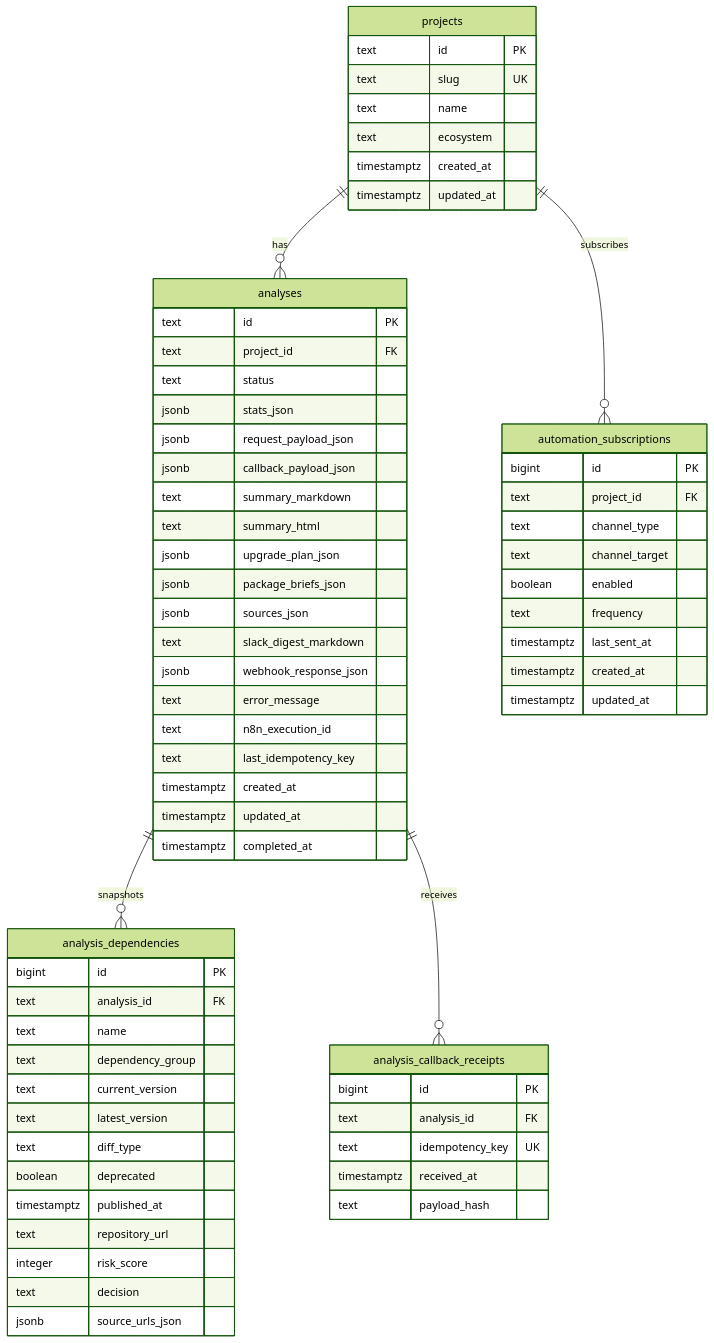
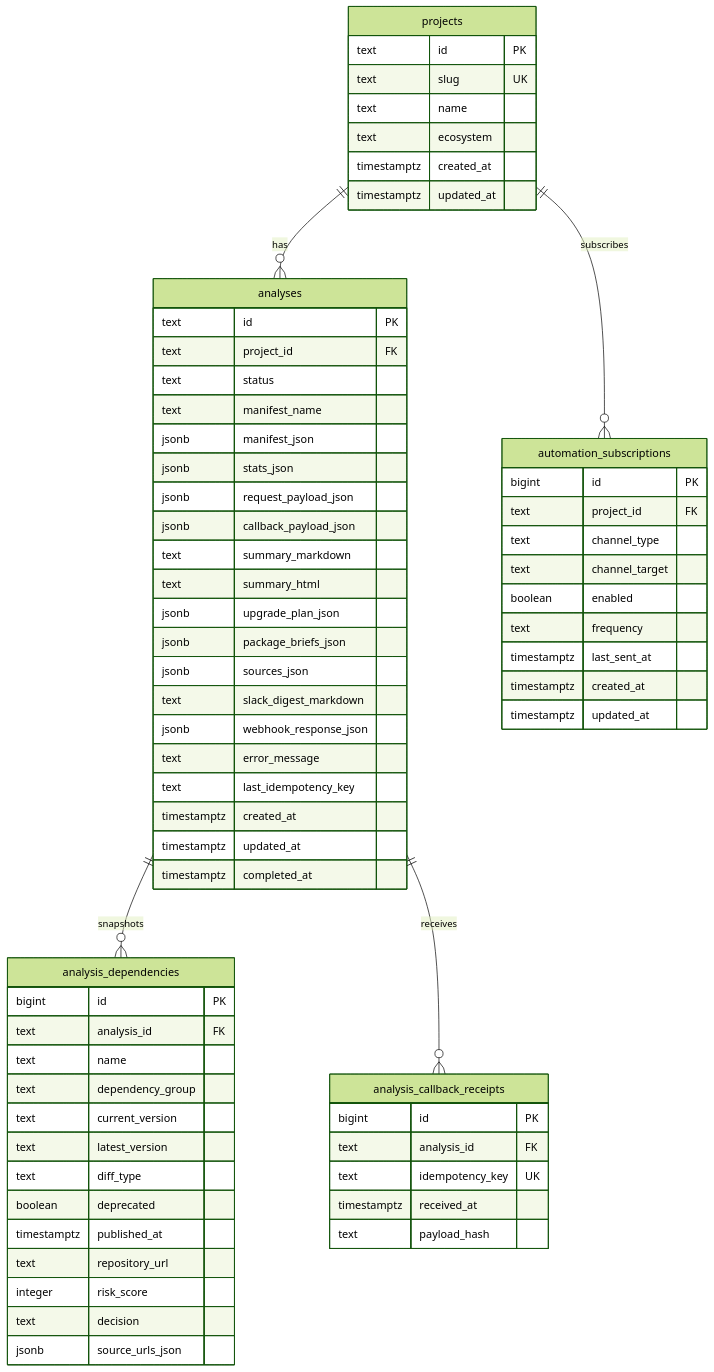
Before and after one commit to JaMinsane/package-version-wizard: the first of 2 diagrams in BD.md, drawn with Mermaid (forest theme). The commit also changed other lines of this file and 17 other files, not shown here.

````diff
--- a/BD.md
+++ b/BD.md
@@ -104,74 +111,75 @@
 ```mermaid
 erDiagram
     projects ||--o{ analyses : has
     analyses ||--o{ analysis_dependencies : snapshots
     projects ||--o{ automation_subscriptions : subscribes
     analyses ||--o{ analysis_callback_receipts : receives
 
     projects {
         text id PK
         text slug UK
         text name
         text ecosystem
         timestamptz created_at
         timestamptz updated_at
     }
 
     analyses {
         text id PK
         text project_id FK
         text status
+        text manifest_name
+        jsonb manifest_json
         jsonb stats_json
         jsonb request_payload_json
         jsonb callback_payload_json
         text summary_markdown
         text summary_html
         jsonb upgrade_plan_json
         jsonb package_briefs_json
         jsonb sources_json
         text slack_digest_markdown
         jsonb webhook_response_json
         text error_message
-        text n8n_execution_id
         text last_idempotency_key
         timestamptz created_at
         timestamptz updated_at
         timestamptz completed_at
     }
 
     analysis_dependencies {
         bigint id PK
         text analysis_id FK
         text name
         text dependency_group
         text current_version
         text latest_version
         text diff_type
         boolean deprecated
         timestamptz published_at
         text repository_url
         integer risk_score
         text decision
         jsonb source_urls_json
     }
 
     automation_subscriptions {
         bigint id PK
         text project_id FK
         text channel_type
         text channel_target
         boolean enabled
         text frequency
         timestamptz last_sent_at
         timestamptz created_at
         timestamptz updated_at
     }
 
     analysis_callback_receipts {
         bigint id PK
         text analysis_id FK
         text idempotency_key UK
         timestamptz received_at
         text payload_hash
     }
 ```
````
